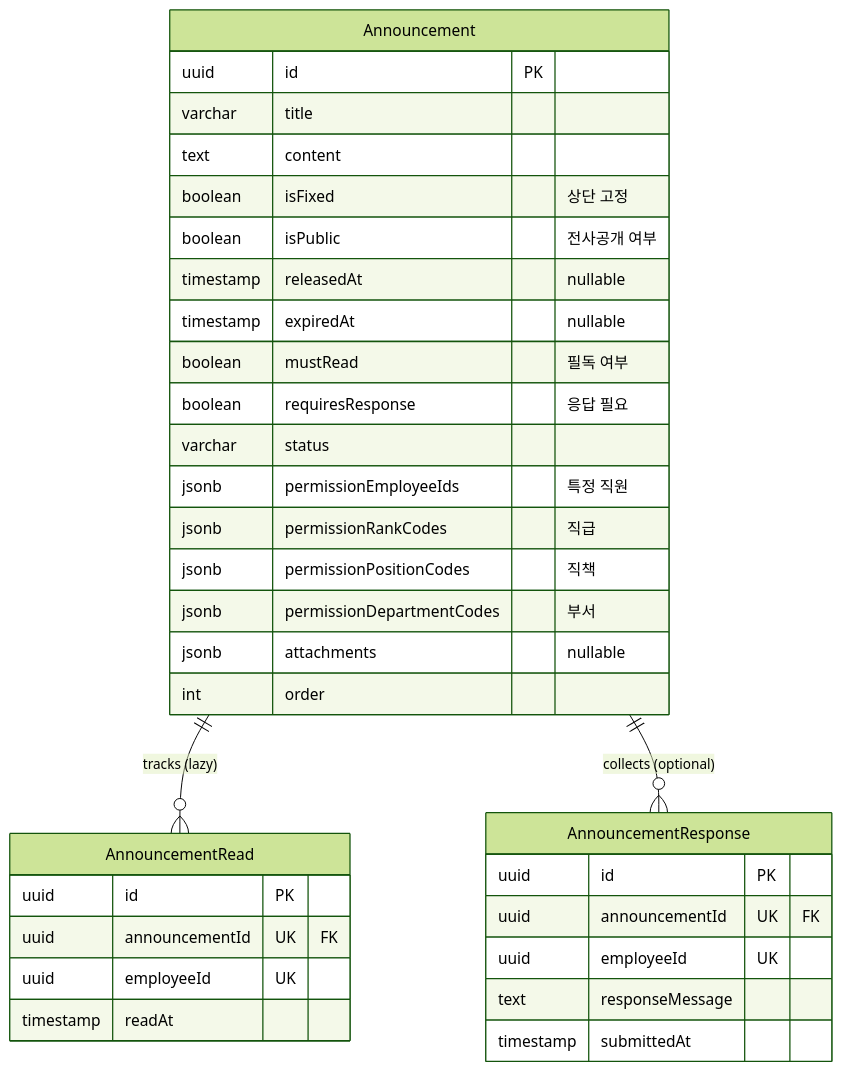
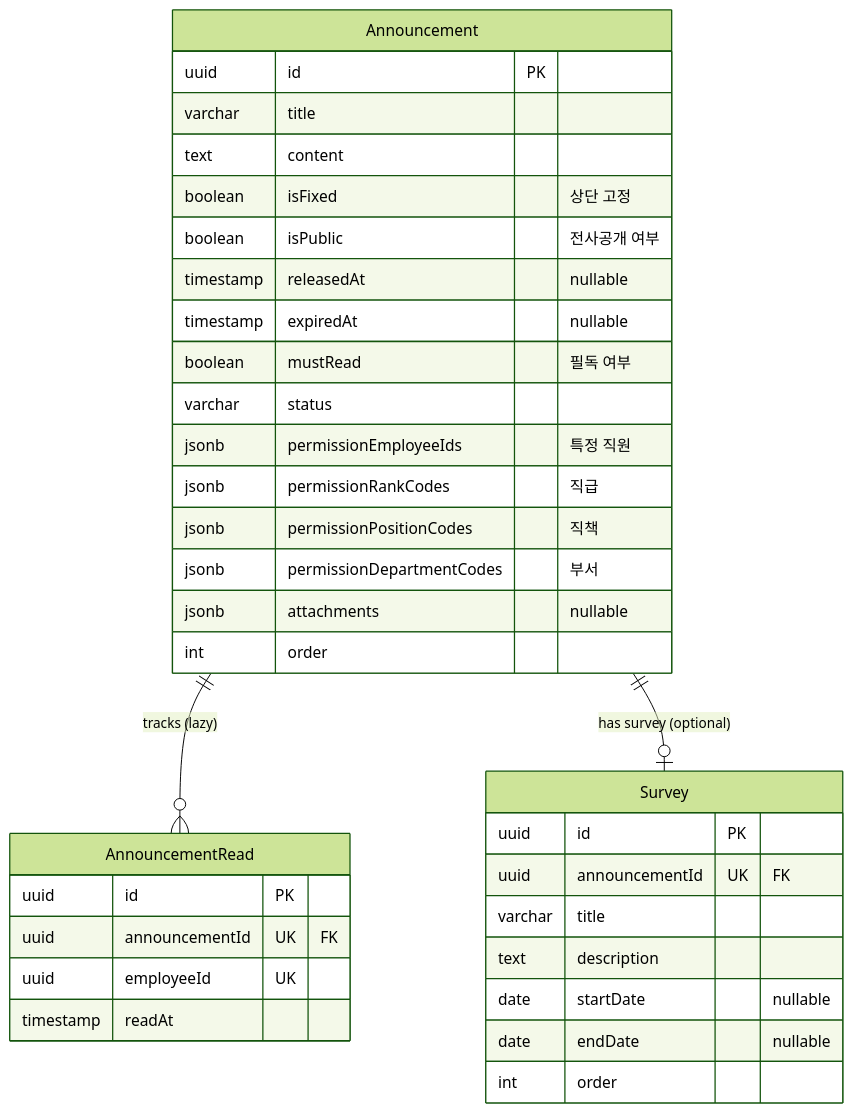
One commit to wukdddang/lumir-cms-backend changed the ninth of 15 diagrams in docs/erd/er-diagram-entities.md. Above: the diagram before and after it, drawn with Mermaid (forest theme). The commit also changed other lines of this file and 2 other files, not shown here.

First line of the commit message:
feat: 설문조사 및 공지사항 관련 ER 다이어그램 업데이트

````diff
--- a/docs/erd/er-diagram-entities.md
+++ b/docs/erd/er-diagram-entities.md
@@ -370,39 +370,40 @@
 ```mermaid
 erDiagram
     Announcement {
         uuid id PK
         varchar title
         text content
         boolean isFixed "상단 고정"
         boolean isPublic "전사공개 여부"
         timestamp releasedAt "nullable"
         timestamp expiredAt "nullable"
         boolean mustRead "필독 여부"
-        boolean requiresResponse "응답 필요"
         varchar status
         jsonb permissionEmployeeIds "특정 직원"
         jsonb permissionRankCodes "직급"
         jsonb permissionPositionCodes "직책"
         jsonb permissionDepartmentCodes "부서"
         jsonb attachments "nullable"
         int order
     }
 
     AnnouncementRead {
         uuid id PK
         uuid announcementId UK "FK"
         uuid employeeId UK
         timestamp readAt
     }
 
-    AnnouncementResponse {
+    Survey {
         uuid id PK
         uuid announcementId UK "FK"
-        uuid employeeId UK
-        text responseMessage
-        timestamp submittedAt
+        varchar title
+        text description
+        date startDate "nullable"
+        date endDate "nullable"
+        int order
     }
 
     Announcement ||--o{ AnnouncementRead : "tracks (lazy)"
-    Announcement ||--o{ AnnouncementResponse : "collects (optional)"
+    Announcement ||--o| Survey : "has survey (optional)"
 ```
````
